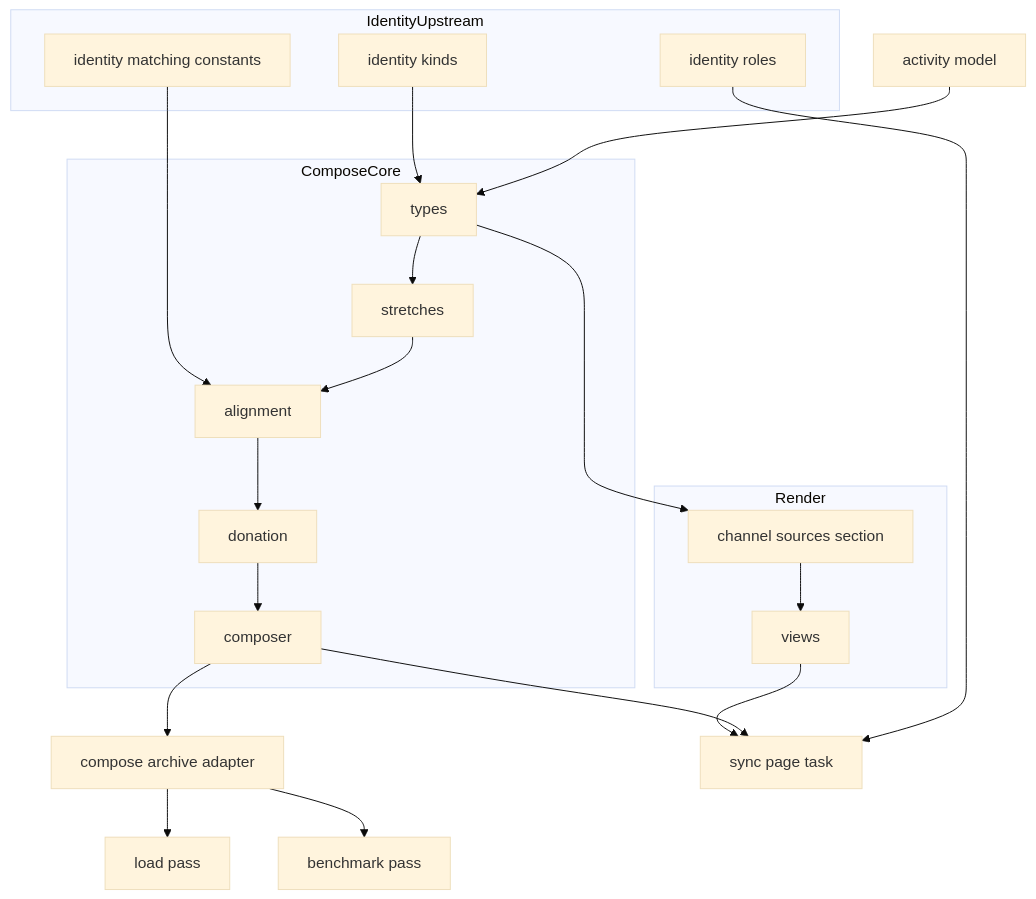
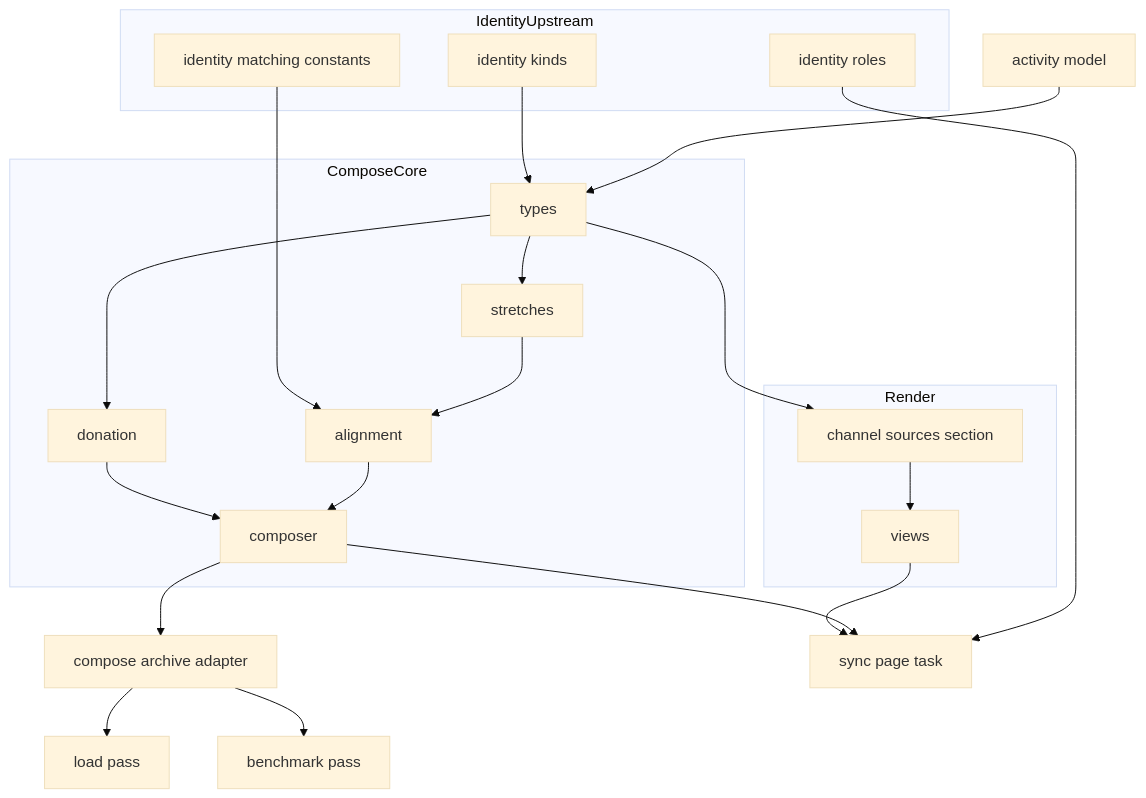
One commit to joshua-stauffer/fitdocs changed the first of 3 diagrams in .kiro/specs/channel-merge/design.md. Above: the diagram before and after it, drawn with Mermaid (base theme). The commit also changed other lines of this file, not shown here.

````diff
--- a/.kiro/specs/channel-merge/design.md
+++ b/.kiro/specs/channel-merge/design.md
@@ -249,35 +251,36 @@
 ```mermaid
 graph TB
     subgraph IdentityUpstream
         Roles[identity roles]
         Matching[identity matching constants]
         Kinds[identity kinds]
     end
     subgraph ComposeCore
         Types[types]
         Stretches[stretches]
         Alignment[alignment]
         Donation[donation]
         Composer[composer]
     end
     Archive[compose archive adapter]
     subgraph Render
         Provenance[channel sources section]
         Views[views]
     end
     Sync[sync page task]
     LoadPass[load pass]
     BenchPass[benchmark pass]
     Model[activity model]
     Model --> Types
     Kinds --> Types
-    Types --> Stretches --> Alignment --> Donation --> Composer
+    Types --> Stretches --> Alignment --> Composer
+    Types --> Donation --> Composer
     Matching --> Alignment
     Composer --> Archive
     Types --> Provenance --> Views
     Roles --> Sync
     Composer --> Sync
     Views --> Sync
     Archive --> LoadPass
     Archive --> BenchPass
 ```
````
